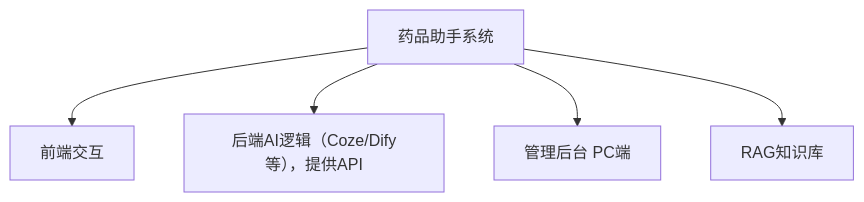
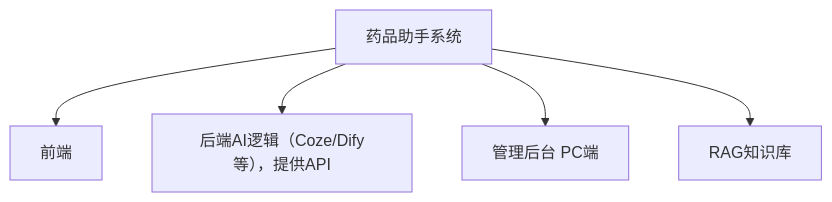
The diagram in all/未命名.md (funnyData/iodraw-files), drawn with Mermaid before and after one commit.

Commit message:
2025-02-21 14:07:30 update

````diff
--- a/all/未命名.md
+++ b/all/未命名.md
@@ -1,7 +1,7 @@
 ```mermaid
 graph TD
-    A[药品助手系统] --> B[前端交互]
+    A[药品助手系统] --> B[前端]
     A --> C[后端AI逻辑（Coze/Dify等），提供API]
     A --> D[管理后台 PC端]
     A --> E[RAG知识库]
 ```
````
